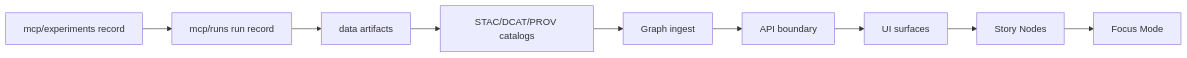
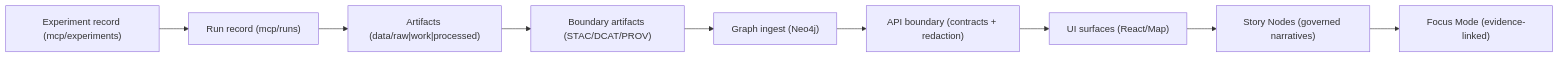
Before and after one commit to bartytime4life/Kansas-Frontier-Matrix: the first of 2 diagrams in mcp/experiments/README.md, drawn with Mermaid. The commit also changed other lines of this file, not shown here.

```diff
--- a/mcp/experiments/README.md
+++ b/mcp/experiments/README.md
@@ -185,11 +254,11 @@
 ~~~mermaid
 flowchart LR
-  A[mcp/experiments record] --> B[mcp/runs run record]
-  B --> C[data artifacts]
-  C --> D[STAC/DCAT/PROV catalogs]
-  D --> E[Graph ingest]
-  E --> F[API boundary]
-  F --> G[UI surfaces]
-  G --> H[Story Nodes]
-  H --> I[Focus Mode]
+  A["Experiment record (mcp/experiments)"] --> B["Run record (mcp/runs)"]
+  B --> C["Artifacts (data/raw|work|processed)"]
+  C --> D["Boundary artifacts (STAC/DCAT/PROV)"]
+  D --> E["Graph ingest (Neo4j)"]
+  E --> F["API boundary (contracts + redaction)"]
+  F --> G["UI surfaces (React/Map)"]
+  G --> H["Story Nodes (governed narratives)"]
+  H --> I["Focus Mode (evidence-linked)"]
 ~~~
```
